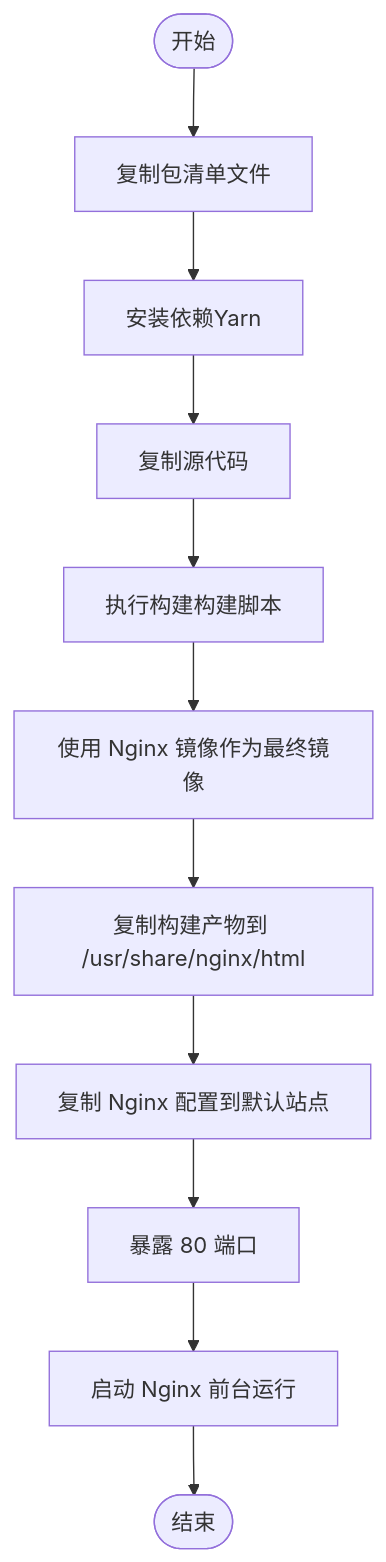
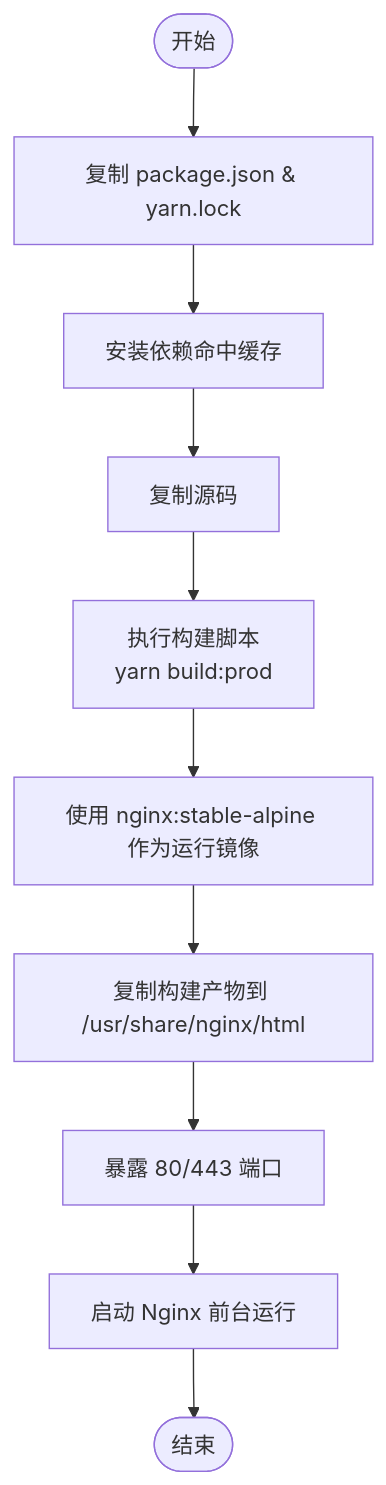
The third of 6 diagrams in .qoder/repowiki/zh/content/前端应用/构建部署/Docker 容器化.md (TinyMaD/SpeedRunnersLab), drawn with Mermaid before and after one commit. The commit also changed other lines of this file and 9 other files, not shown here.

````diff
--- a/.qoder/repowiki/zh/content/前端应用/构建部署/Docker 容器化.md
+++ b/.qoder/repowiki/zh/content/前端应用/构建部署/Docker 容器化.md
@@ -124,13 +153,12 @@
 ```mermaid
 flowchart TD
-Start(["开始"]) --> CopyPkg["复制包清单文件"]
-CopyPkg --> InstallDeps["安装依赖Yarn"]
-InstallDeps --> CopySrc["复制源代码"]
-CopySrc --> BuildStage["执行构建构建脚本"]
-BuildStage --> FromNginx["使用 Nginx 镜像作为最终镜像"]
+Start(["开始"]) --> CopyPkg["复制 package.json & yarn.lock"]
+CopyPkg --> InstallDeps["安装依赖命中缓存"]
+InstallDeps --> CopySrc["复制源码"]
+CopySrc --> BuildStage["执行构建脚本<br/>yarn build:prod"]
+BuildStage --> FromNginx["使用 nginx:stable-alpine 作为运行镜像"]
 FromNginx --> CopyDist["复制构建产物到 /usr/share/nginx/html"]
-CopyDist --> CopyConf["复制 Nginx 配置到默认站点"]
-CopyConf --> ExposePort["暴露 80 端口"]
-ExposePort --> CmdNginx["启动 Nginx 前台运行"]
+CopyDist --> ExposePorts["暴露 80/443 端口"]
+ExposePorts --> CmdNginx["启动 Nginx 前台运行"]
 CmdNginx --> End(["结束"])
 ```
````
